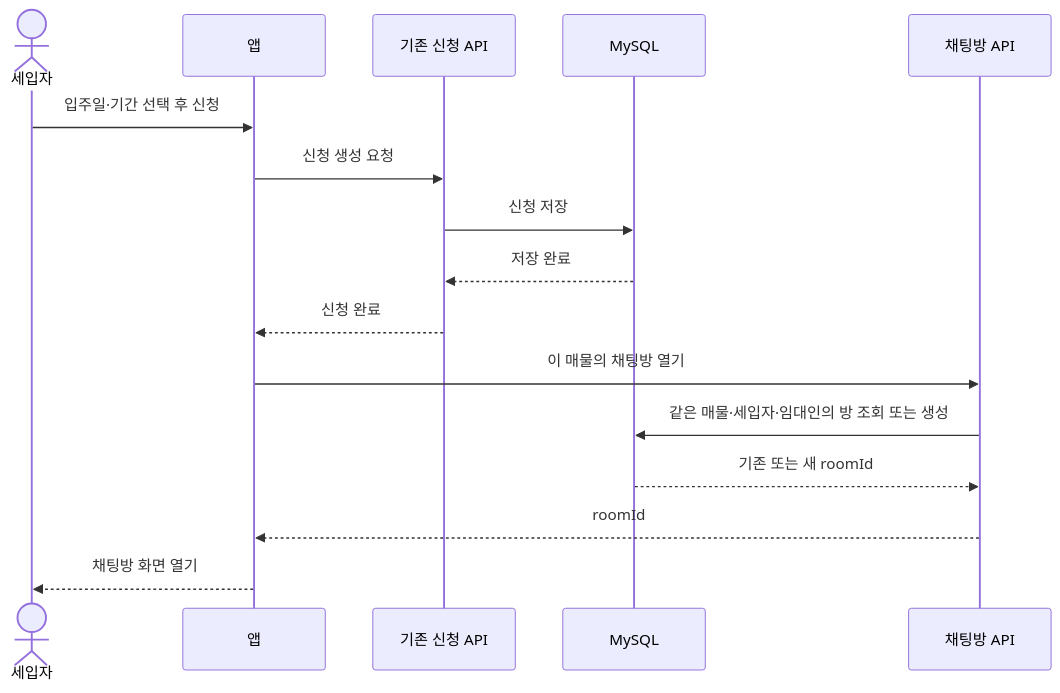
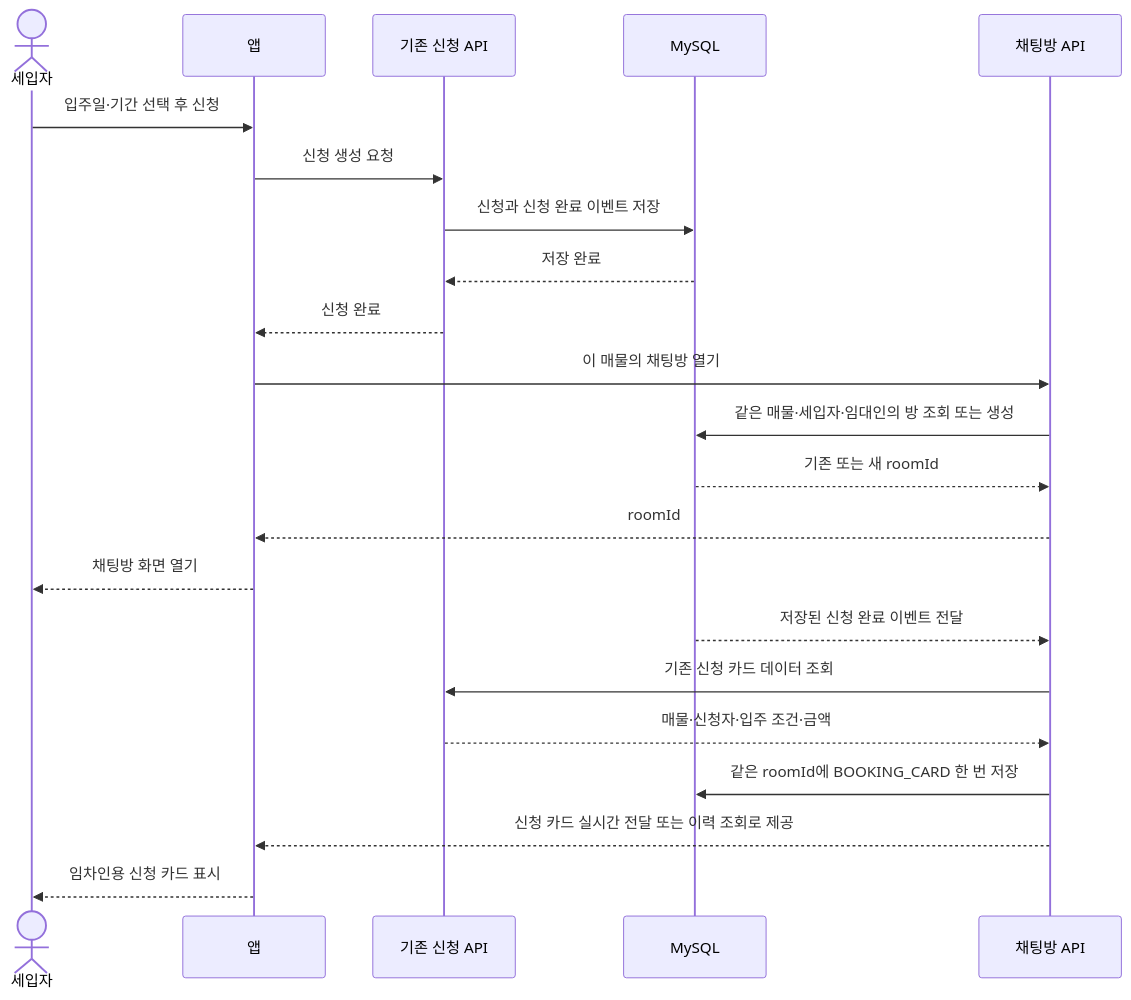
Before and after one commit to jameskim9509/Kohere-backend: the second of 16 diagrams in docs/architecture/chat/05-sequence-diagrams.md, drawn with Mermaid. The commit also changed other lines of this file and 57 other files, not shown here.

````diff
--- a/docs/architecture/chat/05-sequence-diagrams.md
+++ b/docs/architecture/chat/05-sequence-diagrams.md
@@ -43,19 +43,26 @@
 ```mermaid
 sequenceDiagram
     actor U as 세입자
     participant APP as 앱
     participant BOOK as 기존 신청 API
     participant DB as MySQL
     participant CHAT as 채팅방 API
 
     U->>APP: 입주일·기간 선택 후 신청
     APP->>BOOK: 신청 생성 요청
-    BOOK->>DB: 신청 저장
+    BOOK->>DB: 신청과 신청 완료 이벤트 저장
     DB-->>BOOK: 저장 완료
     BOOK-->>APP: 신청 완료
     APP->>CHAT: 이 매물의 채팅방 열기
     CHAT->>DB: 같은 매물·세입자·임대인의 방 조회 또는 생성
     DB-->>CHAT: 기존 또는 새 roomId
     CHAT-->>APP: roomId
     APP-->>U: 채팅방 화면 열기
+
+    DB-->>CHAT: 저장된 신청 완료 이벤트 전달
+    CHAT->>BOOK: 기존 신청 카드 데이터 조회
+    BOOK-->>CHAT: 매물·신청자·입주 조건·금액
+    CHAT->>DB: 같은 roomId에 BOOKING_CARD 한 번 저장
+    CHAT-->>APP: 신청 카드 실시간 전달 또는 이력 조회로 제공
+    APP-->>U: 임차인용 신청 카드 표시
 ```
````
